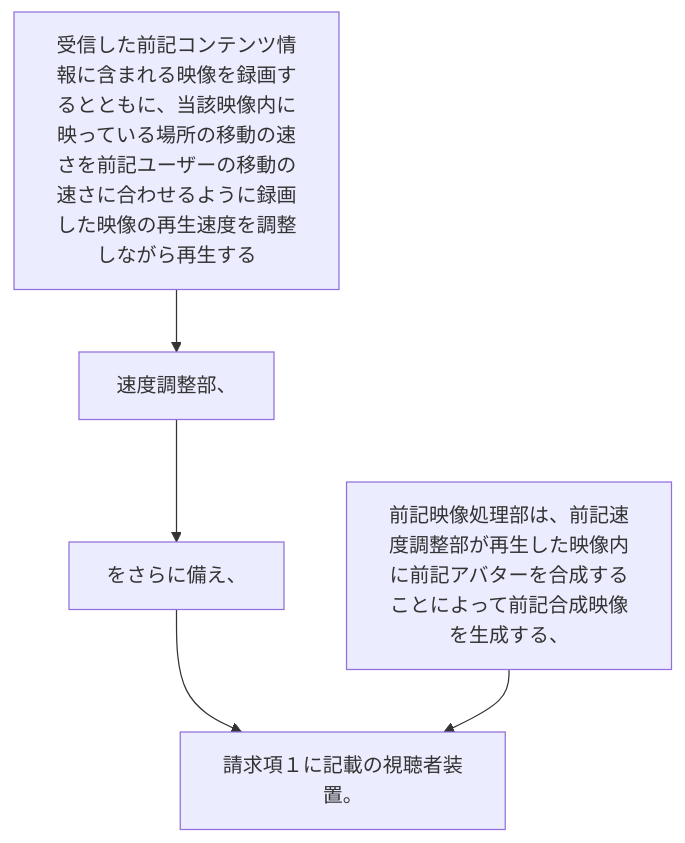
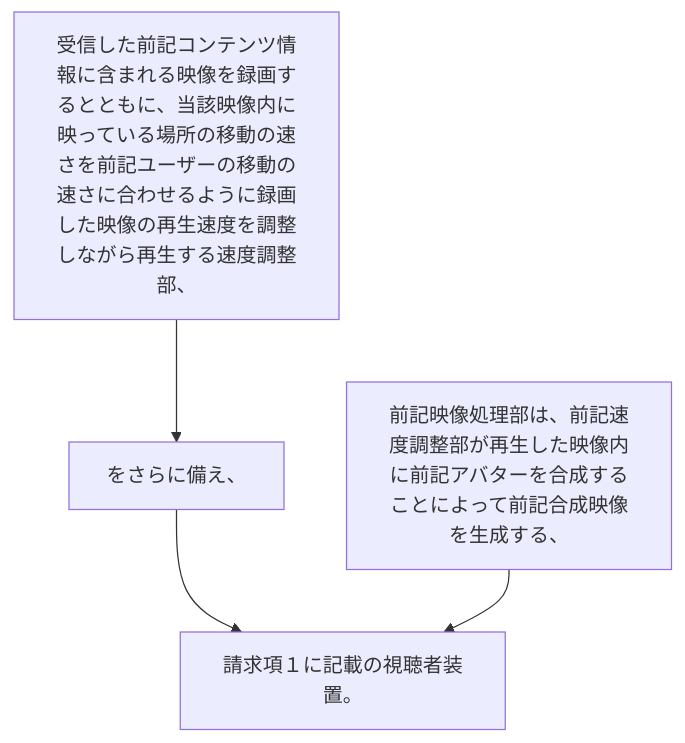
One commit to shinmori55/patent_analyzed changed the diagram in 2024/JP2024015616A/claim_5/README.md. Above: the diagram before and after it, drawn with Mermaid. The commit also changed 336 other files, not shown here.

````diff
--- a/2024/JP2024015616A/claim_5/README.md
+++ b/2024/JP2024015616A/claim_5/README.md
@@ -5,12 +5,10 @@
 ```mermaid
 flowchart TD
-A[受信した前記コンテンツ情報に含まれる映像を録画するとともに、当該映像内に映っている場所の移動の速さを前記ユーザーの移動の速さに合わせるように録画した映像の再生速度を調整しながら再生する]
-B[速度調整部、]
-C[をさらに備え、]
-D[前記映像処理部は、前記速度調整部が再生した映像内に前記アバターを合成することによって前記合成映像を生成する、]
-E[請求項１に記載の視聴者装置。]
+A[受信した前記コンテンツ情報に含まれる映像を録画するとともに、当該映像内に映っている場所の移動の速さを前記ユーザーの移動の速さに合わせるように録画した映像の再生速度を調整しながら再生する速度調整部、]
+B[をさらに備え、]
+C[前記映像処理部は、前記速度調整部が再生した映像内に前記アバターを合成することによって前記合成映像を生成する、]
+D[請求項１に記載の視聴者装置。]
 A --> B
-B --> C
-C --> E
-D --> E
+B --> D
+C --> D
 ```
````
